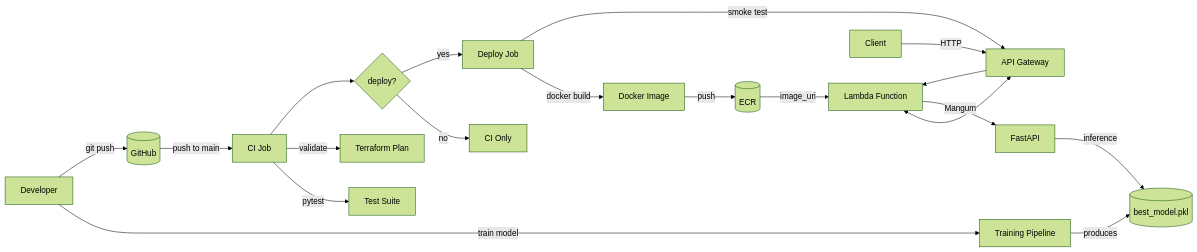
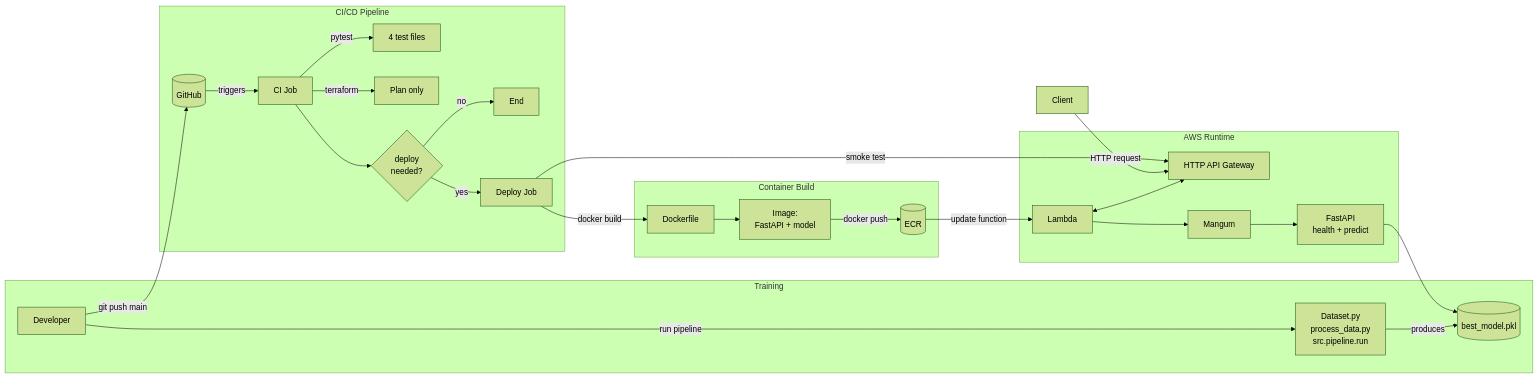
One commit to clarence-ck/PRML-Project-Blood-Donation changed the diagram in MLOps_Deployment_Guide.md. Above: the diagram before and after it, drawn with Mermaid (forest theme).

Commit message:
Update workflow diagram to organize components into logical subgraphs with detailed labels for improved clarity and structure

````diff
--- a/MLOps_Deployment_Guide.md
+++ b/MLOps_Deployment_Guide.md
@@ -441,28 +441,34 @@
 ```mermaid
 flowchart LR
-    dev[Developer] -->|train model| train[Training Pipeline]
-    train -->|produces| model[(best_model.pkl)]
+    subgraph Training
+        dev[Developer] -->|run pipeline| train[Dataset.py<br/>process_data.py<br/>src.pipeline.run]
+        train -->|produces| model[(best_model.pkl)]
+    end
 
-    dev -->|git push| repo[(GitHub)]
+    subgraph CICD[CI/CD Pipeline]
+        dev -->|git push main| repo[(GitHub)]
+        repo -->|triggers| ci[CI Job]
+        ci -->|pytest| tests[4 test files]
+        ci -->|terraform| tfPlan[Plan only]
+        ci --> decision{deploy<br/>needed?}
+        decision -->|no| endCI[End]
+        decision -->|yes| deploy[Deploy Job]
+    end
 
-    repo -->|push to main| ci[CI Job]
-    ci -->|pytest| tests[Test Suite]
-    ci -->|validate| tfPlan[Terraform Plan]
+    subgraph Build[Container Build]
+        deploy -->|docker build| dockerfile[Dockerfile]
+        dockerfile --> image[Image:<br/>FastAPI + model]
+        image -->|docker push| ecr[(ECR)]
+    end
 
-    ci --> decision{deploy?}
-    decision -->|no| endCI[CI Only]
-    decision -->|yes| deploy[Deploy Job]
+    subgraph AWS[AWS Runtime]
+        ecr -->|update function| lambdaFn[Lambda]
+        lambdaFn <--> apigw[HTTP API Gateway]
+        lambdaFn --> mangum[Mangum]
+        mangum --> fastapi[FastAPI<br/>health + predict]
+        fastapi --> model
+    end
 
-    deploy -->|docker build| image[Docker Image]
-    image -->|push| ecr[(ECR)]
-
-    ecr -->|image_uri| lambdaFn[Lambda Function]
-    lambdaFn <--> apigw[API Gateway]
-
-    client[Client] -->|HTTP| apigw
-    apigw --> lambdaFn
-    lambdaFn -->|Mangum| fastapi[FastAPI]
-    fastapi -->|inference| model
-
+    client[Client] -->|HTTP request| apigw
     deploy -->|smoke test| apigw
 ```
````
